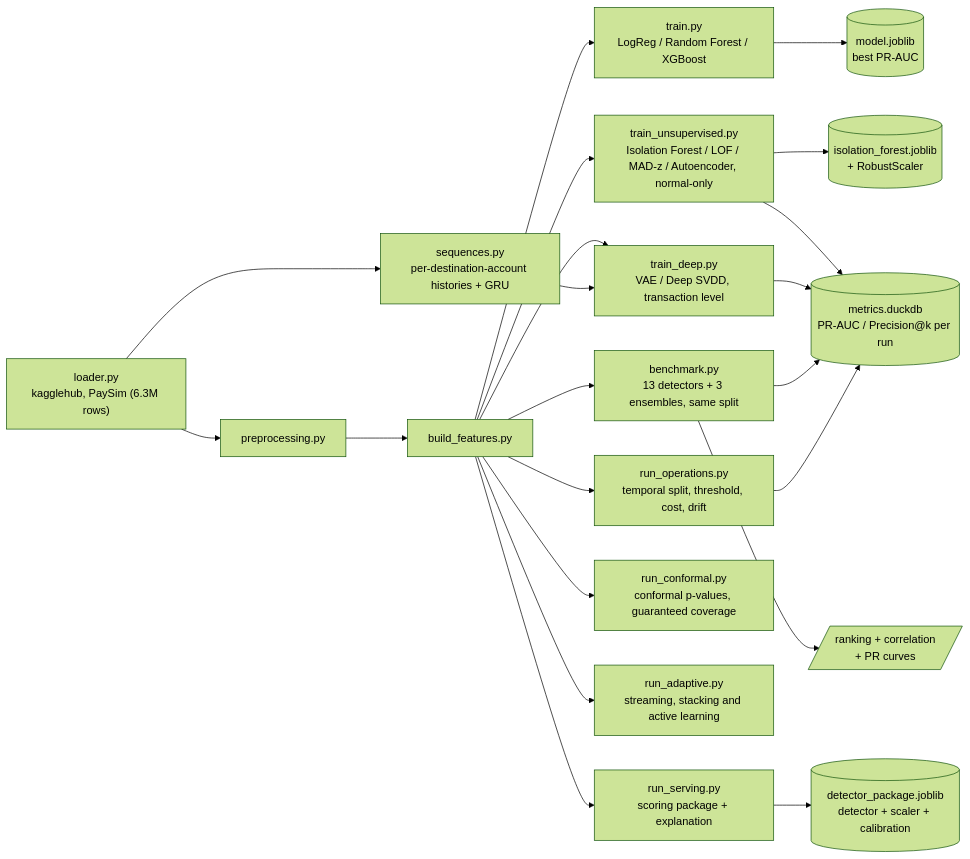
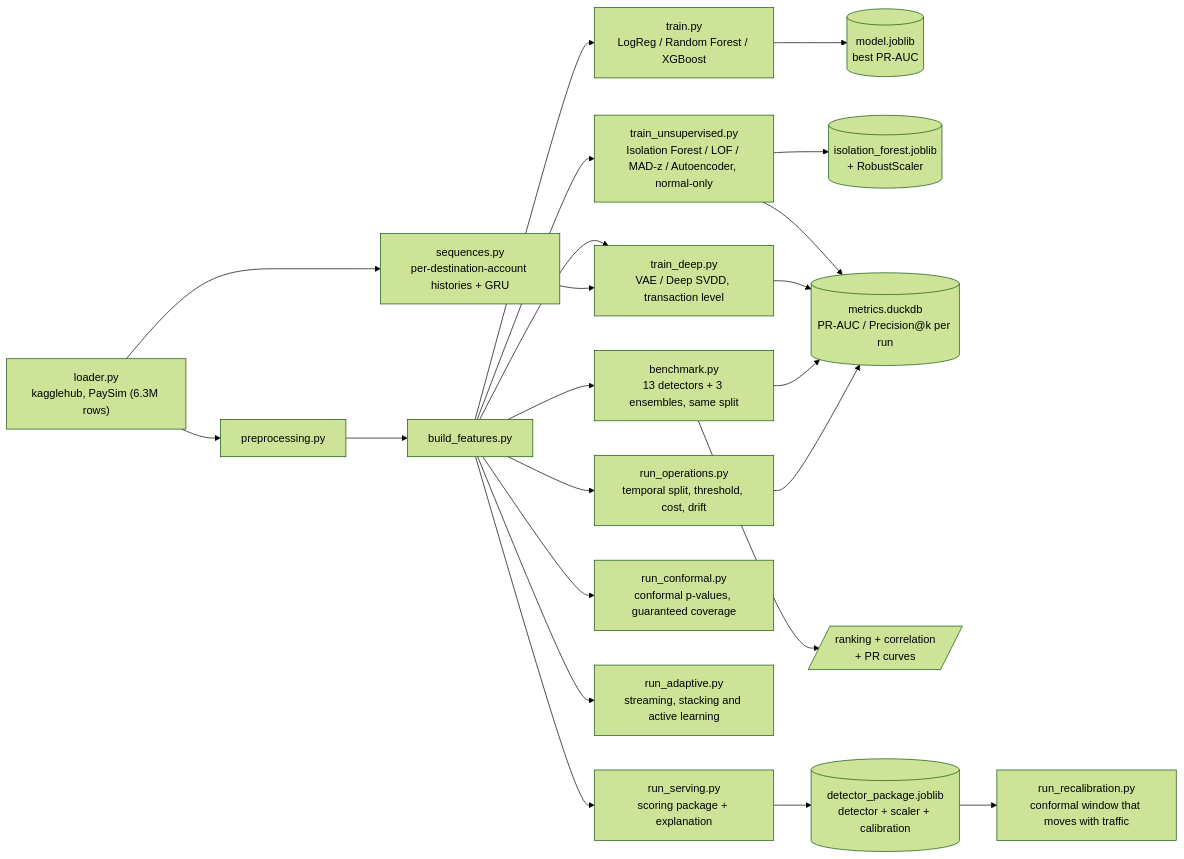
One commit to Rxyxs/Proyectos_ML_anomalias changed the diagram in README.md. Above: the diagram before and after it, drawn with Mermaid (forest theme). The commit also changed other lines of this file and 6 other files, not shown here.

````diff
--- a/README.md
+++ b/README.md
@@ -94,23 +96,24 @@
 ```mermaid
 flowchart LR
     A["loader.py<br/>kagglehub, PaySim (6.3M rows)"] --> B[preprocessing.py]
     B --> C[build_features.py]
     C --> D["train.py<br/>LogReg / Random Forest / XGBoost"]
     D --> E[(model.joblib<br/>best PR-AUC)]
     C --> F["train_unsupervised.py<br/>Isolation Forest / LOF / MAD-z / Autoencoder, normal-only"]
     F --> G[(isolation_forest.joblib<br/>+ RobustScaler)]
     F --> H[(metrics.duckdb<br/>PR-AUC / Precision@k per run)]
     C --> I["benchmark.py<br/>13 detectors + 3 ensembles, same split"]
     C --> K["train_deep.py<br/>VAE / Deep SVDD, transaction level"]
     A --> L["sequences.py<br/>per-destination-account histories + GRU"]
     L --> K
     K --> H
     I --> H
     I --> J[/"ranking + correlation<br/>+ PR curves"/]
     C --> M["run_operations.py<br/>temporal split, threshold, cost, drift"]
     M --> H
     C --> N["run_conformal.py<br/>conformal p-values, guaranteed coverage"]
     C --> O["run_adaptive.py<br/>streaming, stacking and active learning"]
     C --> P["run_serving.py<br/>scoring package + explanation"]
     P --> Q[(detector_package.joblib<br/>detector + scaler + calibration)]
+    Q --> R["run_recalibration.py<br/>conformal window that moves with traffic"]
 ```
````
